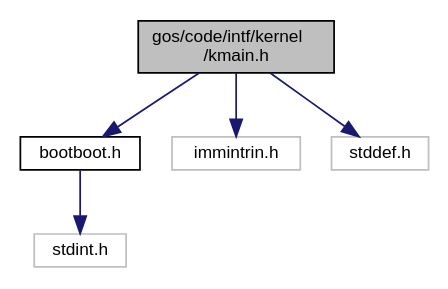
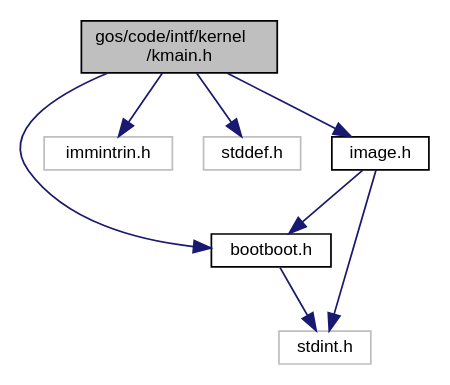
One commit to jrbuchanan02/garbage-os changed the diagram in docs/kmain_8h__incl.dot. Above: the diagram before and after it, drawn with Graphviz. The commit also changed 53 other files, not shown here.

```diff
--- a/docs/kmain_8h__incl.dot
+++ b/docs/kmain_8h__incl.dot
@@ -1,16 +1,20 @@
 digraph "gos/code/intf/kernel/kmain.h"
 {
  // INTERACTIVE_SVG=YES
  // LATEX_PDF_SIZE
   edge [fontname="Helvetica",fontsize="10",labelfontname="Helvetica",labelfontsize="10"];
   node [fontname="Helvetica",fontsize="10",shape=record];
   Node1 [label="gos/code/intf/kernel\l/kmain.h",height=0.2,width=0.4,color="black", fillcolor="grey75", style="filled", fontcolor="black",tooltip="File for what we include in the kmain.c file."];
   Node1 -> Node2 [color="midnightblue",fontsize="10",style="solid",fontname="Helvetica"];
   Node2 [label="bootboot.h",height=0.2,width=0.4,color="black", fillcolor="white", style="filled",URL="$bootboot_8h_source.html",tooltip=" "];
   Node2 -> Node3 [color="midnightblue",fontsize="10",style="solid",fontname="Helvetica"];
   Node3 [label="stdint.h",height=0.2,width=0.4,color="grey75", fillcolor="white", style="filled",tooltip=" "];
   Node1 -> Node4 [color="midnightblue",fontsize="10",style="solid",fontname="Helvetica"];
   Node4 [label="immintrin.h",height=0.2,width=0.4,color="grey75", fillcolor="white", style="filled",tooltip=" "];
   Node1 -> Node5 [color="midnightblue",fontsize="10",style="solid",fontname="Helvetica"];
   Node5 [label="stddef.h",height=0.2,width=0.4,color="grey75", fillcolor="white", style="filled",tooltip=" "];
+  Node1 -> Node6 [color="midnightblue",fontsize="10",style="solid",fontname="Helvetica"];
+  Node6 [label="image.h",height=0.2,width=0.4,color="black", fillcolor="white", style="filled",URL="$image_8h.html",tooltip="Draws images and stuff."];
+  Node6 -> Node3 [color="midnightblue",fontsize="10",style="solid",fontname="Helvetica"];
+  Node6 -> Node2 [color="midnightblue",fontsize="10",style="solid",fontname="Helvetica"];
 }
```
